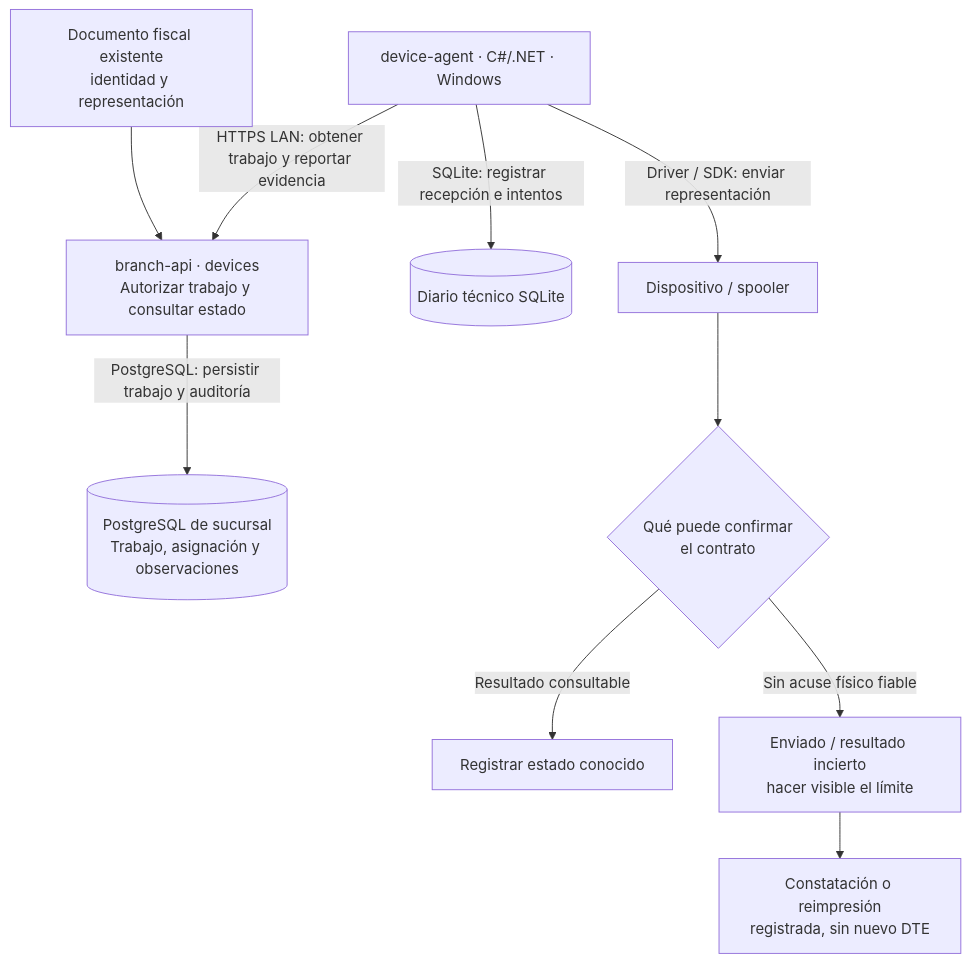
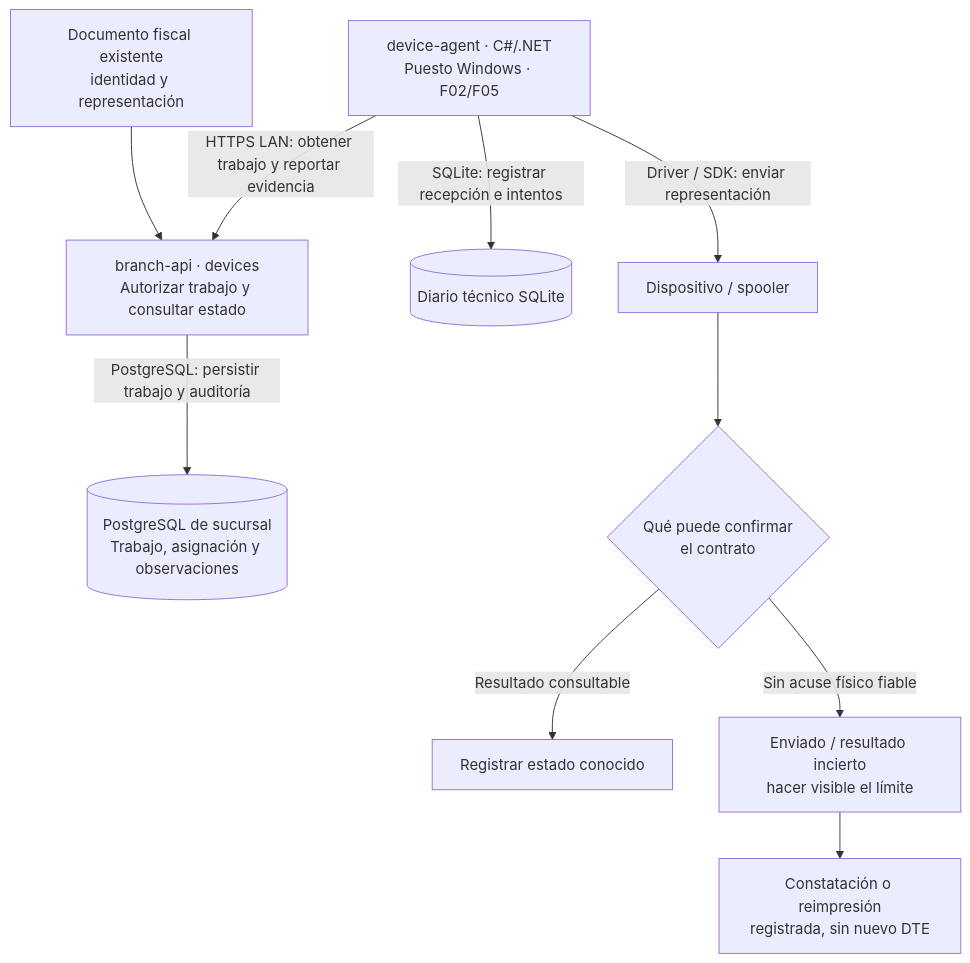
The sixth of 8 diagrams in docs/operacion-caja-y-evolucion.md (developer-implementos/pos-docs), drawn with Mermaid before and after one commit. The commit also changed other lines of this file and 83 other files, not shown here.

````diff
--- a/docs/operacion-caja-y-evolucion.md
+++ b/docs/operacion-caja-y-evolucion.md
@@ -239,12 +239,12 @@
 ```mermaid
 flowchart TB
   DTE["Documento fiscal existente<br/>identidad y representación"] --> API["branch-api · devices<br/>Autorizar trabajo y consultar estado"]
   API -->|"PostgreSQL: persistir trabajo y auditoría"| JOB[("PostgreSQL de sucursal<br/>Trabajo, asignación y observaciones")]
-  ADAPTER["device-agent · C#/.NET · Windows"] -->|"HTTPS LAN: obtener trabajo y reportar evidencia"| API
+  ADAPTER["device-agent · C#/.NET<br/>Puesto Windows · F02/F05"] -->|"HTTPS LAN: obtener trabajo y reportar evidencia"| API
   ADAPTER -->|"SQLite: registrar recepción e intentos"| JOURNAL[("Diario técnico SQLite")]
   ADAPTER -->|"Driver / SDK: enviar representación"| DEVICE["Dispositivo / spooler"]
   DEVICE --> RESULT{"Qué puede confirmar<br/>el contrato"}
   RESULT -->|"Resultado consultable"| KNOWN["Registrar estado conocido"]
   RESULT -->|"Sin acuse físico fiable"| UNCERTAIN["Enviado / resultado incierto<br/>hacer visible el límite"]
   UNCERTAIN --> COPY["Constatación o reimpresión<br/>registrada, sin nuevo DTE"]
 ```
````
